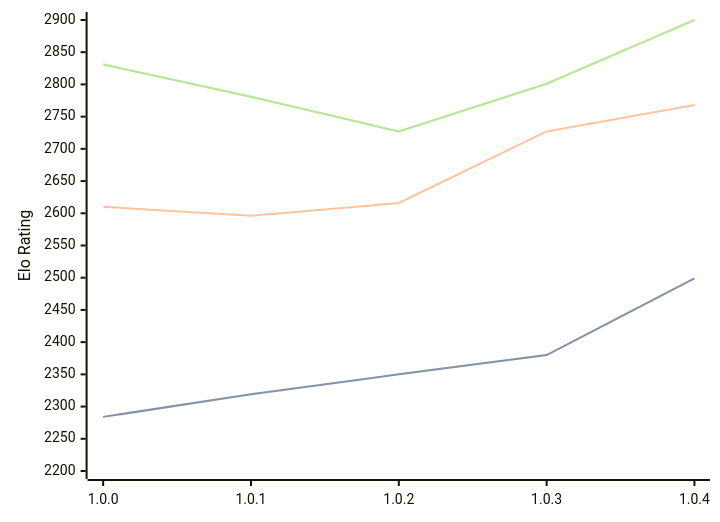
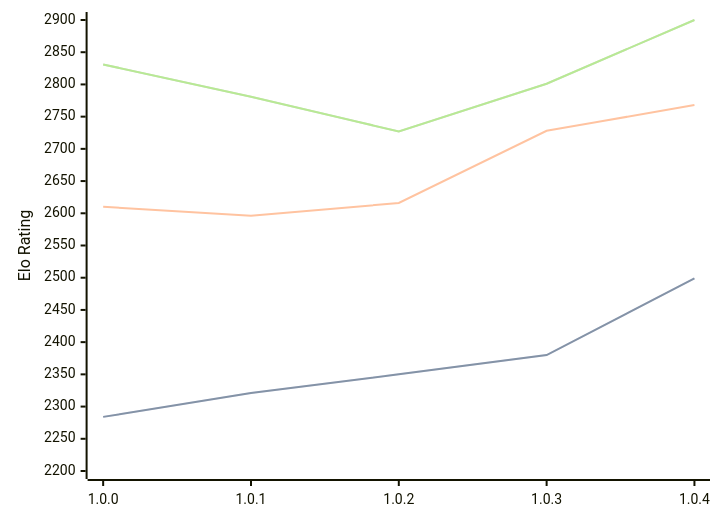
One commit to computer-chess-index/cci changed the diagram in engines/Grail.md. Above: the diagram before and after it, drawn with Mermaid. The commit also changed other lines of this file, not shown here.

````diff
--- a/engines/Grail.md
+++ b/engines/Grail.md
@@ -32,11 +32,11 @@
 ```mermaid
 %%{init: {"theme":"base","themeVariables":{"seriesColors:['#a3a3a3','#222221','#faa371']}}}%%
 xychart-beta
   x-axis ["1.0.0", "1.0.1", "1.0.2", "1.0.3", "1.0.4"]
   y-axis "Elo Rating" 2200 --> 2900
-  line "STC (8.0+0.08s)" [2284, 2319, 2350, 2380, 2499]
-  line "STC (8.0+0.08s)" [2284, 2319, 2350, 2380, 2499]
-  line "LTC (60.0+0.60s)" [2610, 2596, 2616, 2727, 2768]
+  line "STC (8.0+0.08s)" [2284, 2321, 2350, 2380, 2499]
+  line "STC (8.0+0.08s)" [2284, 2321, 2350, 2380, 2499]
+  line "LTC (60.0+0.60s)" [2610, 2596, 2616, 2728, 2768]
   line "VLTC (2m24s+1.12s)" [2831, 2781, 2727, 2801, 2900]
   line "VLTC (2m24s+1.12s)" [2831, 2781, 2727, 2801, 2900]
 ```
````
